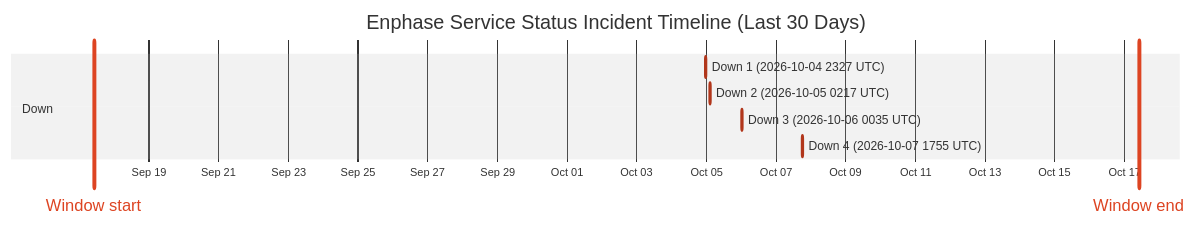
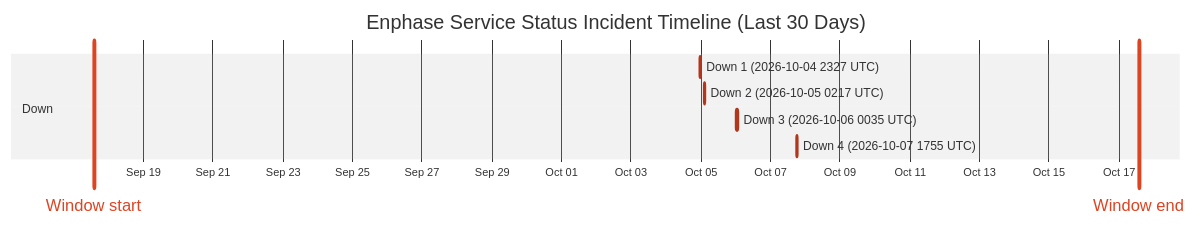
The diagram in wiki/Service-Status-History.md (barneyonline/ha-enphase-energy), drawn with Mermaid (neutral theme) before and after one commit. The commit also changed other lines of this file and 3 other files, not shown here.

````diff
--- a/wiki/Service-Status-History.md
+++ b/wiki/Service-Status-History.md
@@ -14,13 +14,13 @@
 ```mermaid
 gantt
     title Enphase Service Status Incident Timeline (Last 30 Days)
     dateFormat  YYYY-MM-DDTHH:mm:ss
     axisFormat  %b %d
-    Window start :vert, window-start, 2026-09-17T10:09:52, 0ms
-    Window end :vert, window-end, 2026-10-17T10:09:52, 0ms
+    Window start :vert, window-start, 2026-09-17T13:50:29, 0ms
+    Window end :vert, window-end, 2026-10-17T13:50:29, 0ms
     section Down
     Down 1 (2026-10-04 2327 UTC) :crit, down-1, 2026-10-04T23:27:34, 60m
     Down 2 (2026-10-05 0217 UTC) :crit, down-2, 2026-10-05T02:17:30, 60m
     Down 3 (2026-10-06 0035 UTC) :crit, down-3, 2026-10-06T00:35:21, 60m
     Down 4 (2026-10-07 1755 UTC) :crit, down-4, 2026-10-07T17:55:16, 60m
 ```
````
